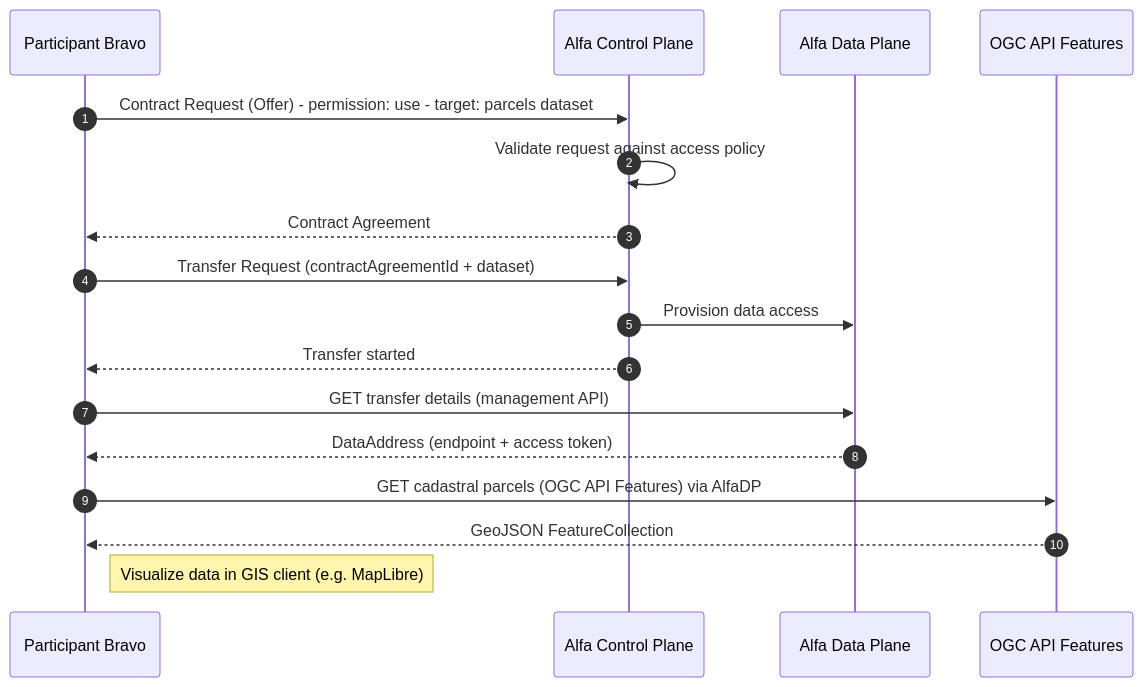
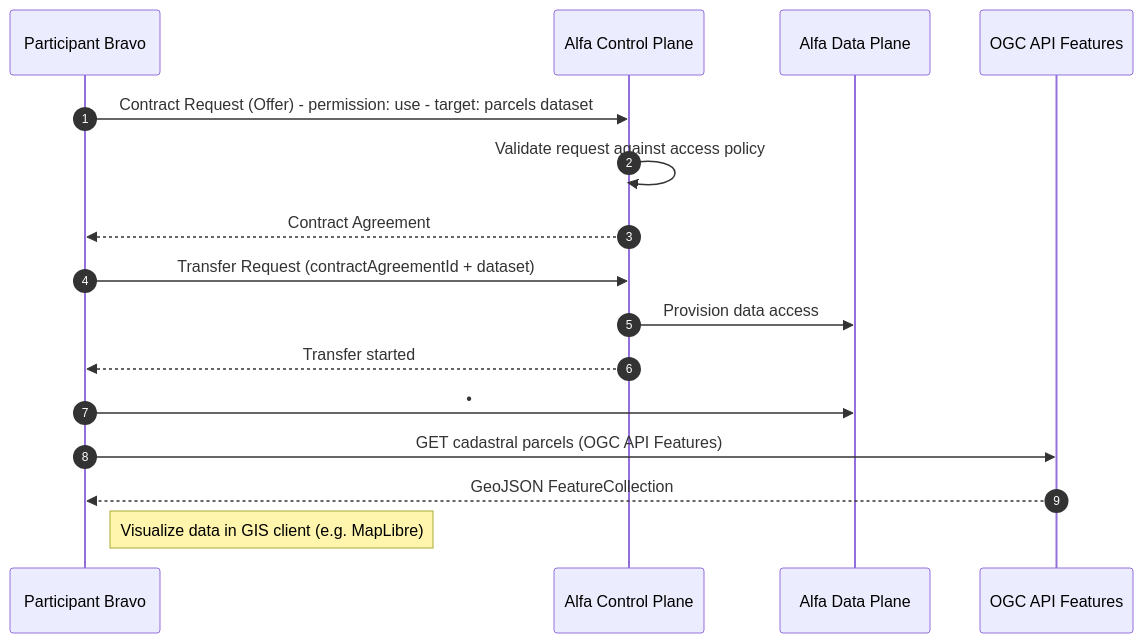
Before and after one commit to bertt/dataspaces: the diagram in doc/understanding_dataspaces.md, drawn with Mermaid. The commit also changed other lines of this file, not shown here.

````diff
--- a/doc/understanding_dataspaces.md
+++ b/doc/understanding_dataspaces.md
@@ -62,28 +62,26 @@
 ```mermaid
 sequenceDiagram
     autonumber
 
     participant Bravo as Participant Bravo
     participant AlfaCP as Alfa Control Plane
     participant AlfaDP as Alfa Data Plane
     participant OGC as OGC API Features
 
     %% Contract Negotiation
     Bravo->>AlfaCP: Contract Request (Offer) - permission: use - target: parcels dataset
     AlfaCP->>AlfaCP: Validate request against access policy
     AlfaCP-->>Bravo: Contract Agreement
 
     %% Data Transfer
     Bravo->>AlfaCP: Transfer Request (contractAgreementId + dataset)
     AlfaCP->>AlfaDP: Provision data access
     AlfaCP-->>Bravo: Transfer started
 
     %% Data Access
-    Bravo->>AlfaDP: GET transfer details (management API)
-    AlfaDP-->>Bravo: DataAddress (endpoint + access token)
-
-    Bravo->>OGC: GET cadastral parcels (OGC API Features) via AlfaDP
+    Bravo->>AlfaDP: •
+    Bravo->>OGC: GET cadastral parcels (OGC API Features)
     OGC-->>Bravo: GeoJSON FeatureCollection
 
     Note right of Bravo: Visualize data in GIS client (e.g. MapLibre)
 ```
````
